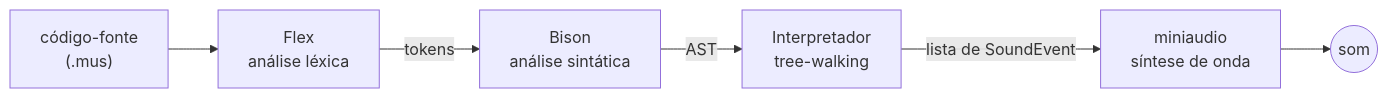
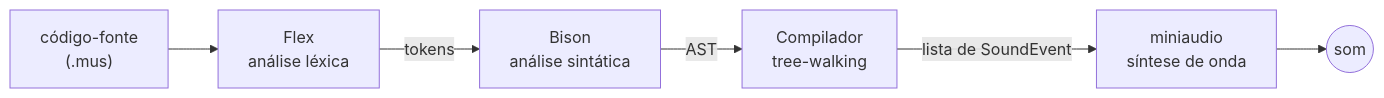
Before and after one commit to Interpretador-Musical/Grupo03-COMP01: the diagram in docs/index.md, drawn with Mermaid. The commit also changed other lines of this file, not shown here.

Commit message:
docs: atualiza index com nova arquitetura de compilador e estado atual do sistema

````diff
--- a/docs/index.md
+++ b/docs/index.md
@@ -47,8 +39,8 @@
 ```mermaid
 flowchart LR
   A["código-fonte<br/>(.mus)"] --> B["Flex<br/>análise léxica"]
   B -- tokens --> C["Bison<br/>análise sintática"]
-  C -- AST --> D["Interpretador<br/>tree-walking"]
+  C -- AST --> D["Compilador<br/>tree-walking"]
   D -- "lista de SoundEvent" --> E["miniaudio<br/>síntese de onda"]
   E --> F(("som"))
 ```
````
